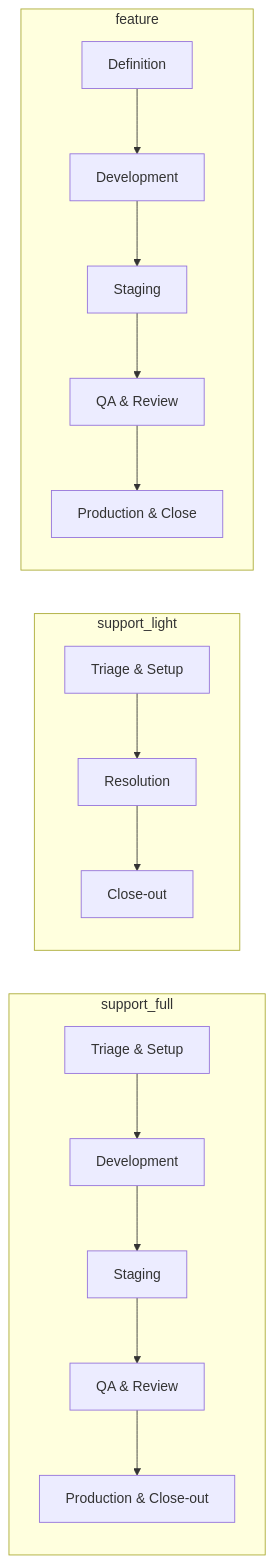
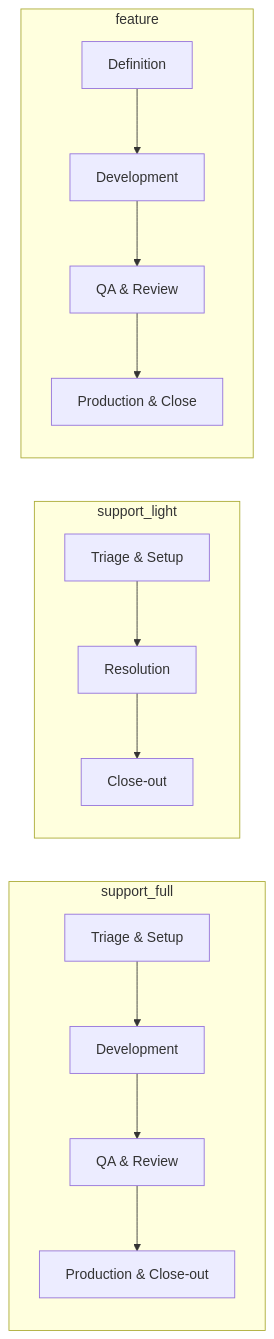
One commit to barindebnath/waypoint changed the diagram in README.md. Above: the diagram before and after it, drawn with Mermaid. The commit also changed other lines of this file and 17 other files, not shown here.

````diff
--- a/README.md
+++ b/README.md
@@ -59,12 +59,12 @@
 ```mermaid
 flowchart LR
   subgraph SF[support_full]
-    T1[Triage & Setup] --> D1[Development] --> S1[Staging] --> Q1[QA & Review] --> P1[Production & Close-out]
+    T1[Triage & Setup] --> D1[Development] --> Q1[QA & Review] --> P1[Production & Close-out]
   end
   subgraph SL[support_light]
     T2[Triage & Setup] --> R2[Resolution] --> C2[Close-out]
   end
   subgraph FE[feature]
-    D3[Definition] --> D4[Development] --> S3[Staging] --> Q3[QA & Review] --> P3[Production & Close]
+    D3[Definition] --> D4[Development] --> Q3[QA & Review] --> P3[Production & Close]
   end
 ```
````
